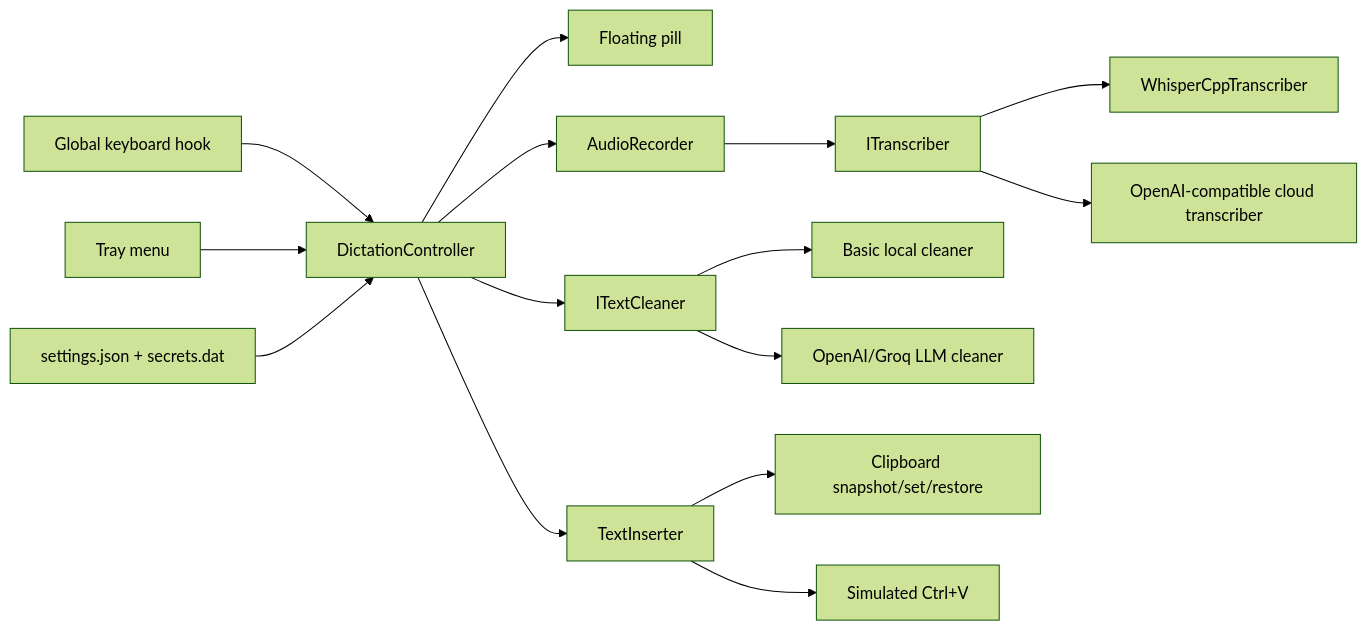
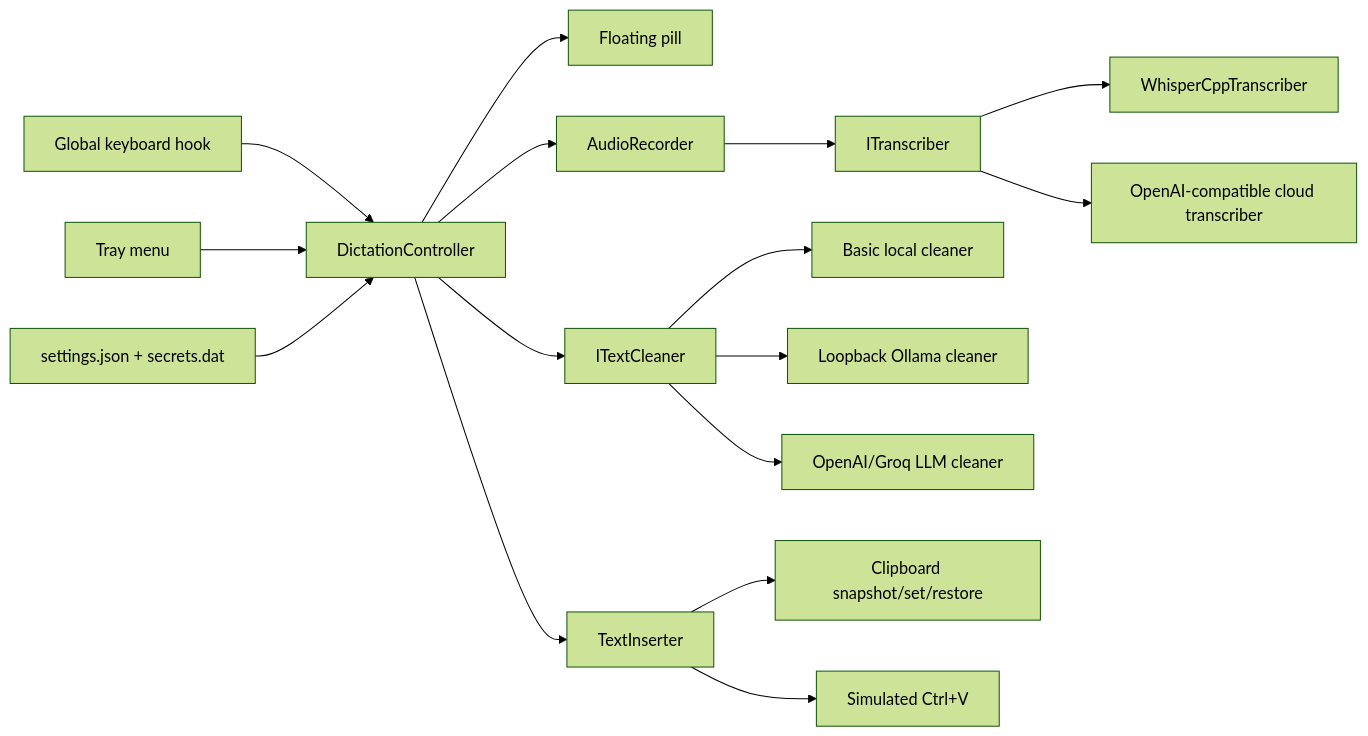
One commit to rogersau/Whispdows changed the diagram in windows-ai-dictation-design.md. Above: the diagram before and after it, drawn with Mermaid (forest theme). The commit also changed other lines of this file and 16 other files, not shown here.

````diff
--- a/windows-ai-dictation-design.md
+++ b/windows-ai-dictation-design.md
@@ -151,17 +153,18 @@
 ```mermaid
 flowchart LR
     Hook[Global keyboard hook] --> Controller[DictationController]
     Tray[Tray menu] --> Controller
     Controller --> Pill[Floating pill]
     Controller --> Recorder[AudioRecorder]
     Recorder --> Transcriber[ITranscriber]
     Transcriber --> Local[WhisperCppTranscriber]
     Transcriber --> Cloud[OpenAI-compatible cloud transcriber]
     Controller --> Cleaner[ITextCleaner]
     Cleaner --> Basic[Basic local cleaner]
+    Cleaner --> Ollama[Loopback Ollama cleaner]
     Cleaner --> LLM[OpenAI/Groq LLM cleaner]
     Controller --> Inserter[TextInserter]
     Inserter --> Clipboard[Clipboard snapshot/set/restore]
     Inserter --> SendInput[Simulated Ctrl+V]
     Settings[settings.json + secrets.dat] --> Controller
 ```
````
